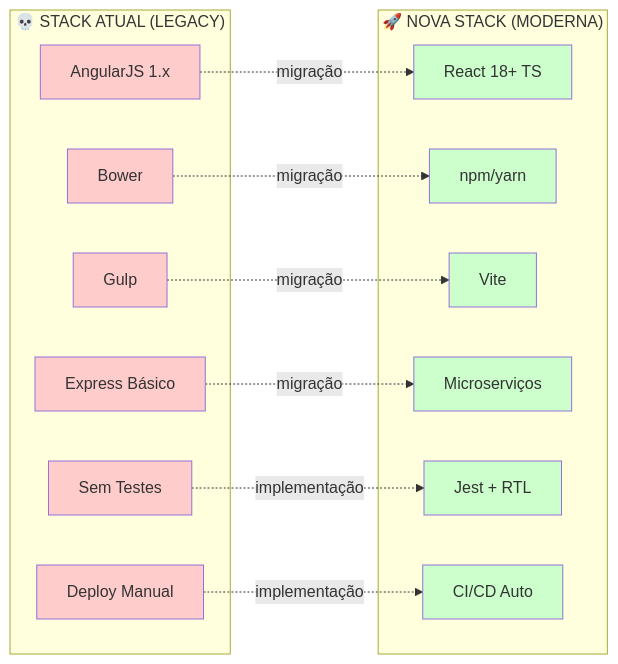
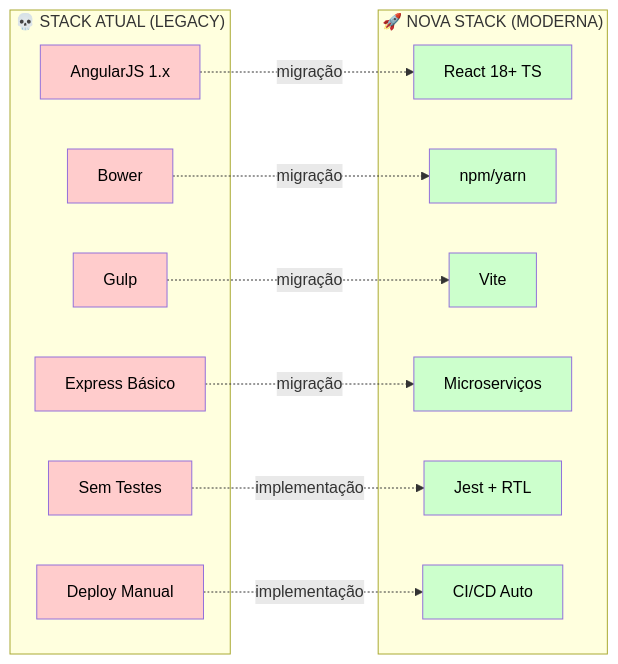
The third of 4 diagrams in README.md (EduPereiraAlest/FocusTextil), drawn with Mermaid before and after one commit. The commit also changed other lines of this file and 8 other files, not shown here.

First line of the commit message:
fix: Melhorar legibilidade dos diagramas Mermaid com texto preto

````diff
--- a/README.md
+++ b/README.md
@@ -233,40 +233,40 @@
 ```mermaid
 graph LR
 subgraph "💀 STACK ATUAL (LEGACY)"
 A1["AngularJS 1.x"]
 B1["Bower"]
 C1["Gulp"]
 D1["Express Básico"]
 E1["Sem Testes"]
 F1["Deploy Manual"]
 end
 
 subgraph "🚀 NOVA STACK (MODERNA)"
 A2["React 18+ TS"]
 B2["npm/yarn"]
 C2["Vite"]
 D2["Microserviços"]
 E2["Jest + RTL"]
 F2["CI/CD Auto"]
 end
 
 A1 -.->|migração| A2
 B1 -.->|migração| B2
 C1 -.->|migração| C2
 D1 -.->|migração| D2
 E1 -.->|implementação| E2
 F1 -.->|implementação| F2
 
-style A1 fill:#ffcccc
-style B1 fill:#ffcccc
-style C1 fill:#ffcccc
-style D1 fill:#ffcccc
-style E1 fill:#ffcccc
-style F1 fill:#ffcccc
-style A2 fill:#ccffcc
-style B2 fill:#ccffcc
-style C2 fill:#ccffcc
-style D2 fill:#ccffcc
-style E2 fill:#ccffcc
-style F2 fill:#ccffcc
+style A1 fill:#ffcccc,color:#000000
+style B1 fill:#ffcccc,color:#000000
+style C1 fill:#ffcccc,color:#000000
+style D1 fill:#ffcccc,color:#000000
+style E1 fill:#ffcccc,color:#000000
+style F1 fill:#ffcccc,color:#000000
+style A2 fill:#ccffcc,color:#000000
+style B2 fill:#ccffcc,color:#000000
+style C2 fill:#ccffcc,color:#000000
+style D2 fill:#ccffcc,color:#000000
+style E2 fill:#ccffcc,color:#000000
+style F2 fill:#ccffcc,color:#000000
 ```
````
